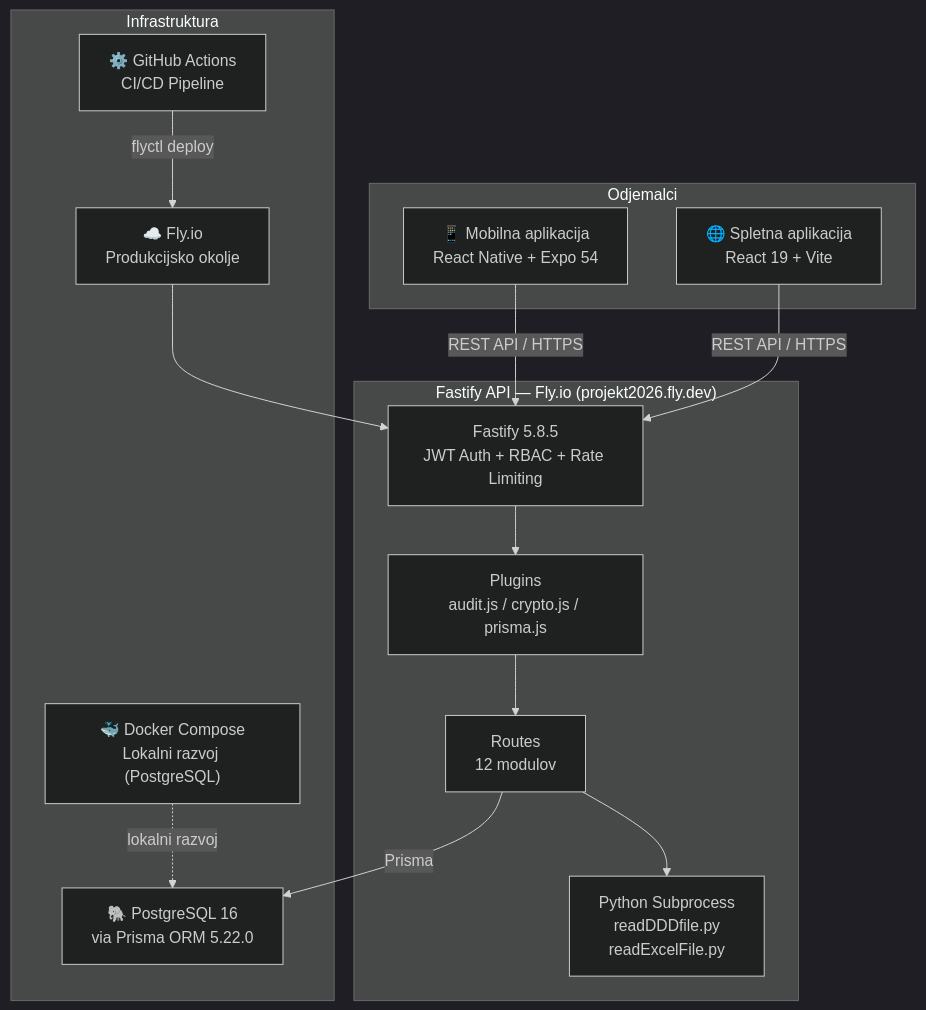
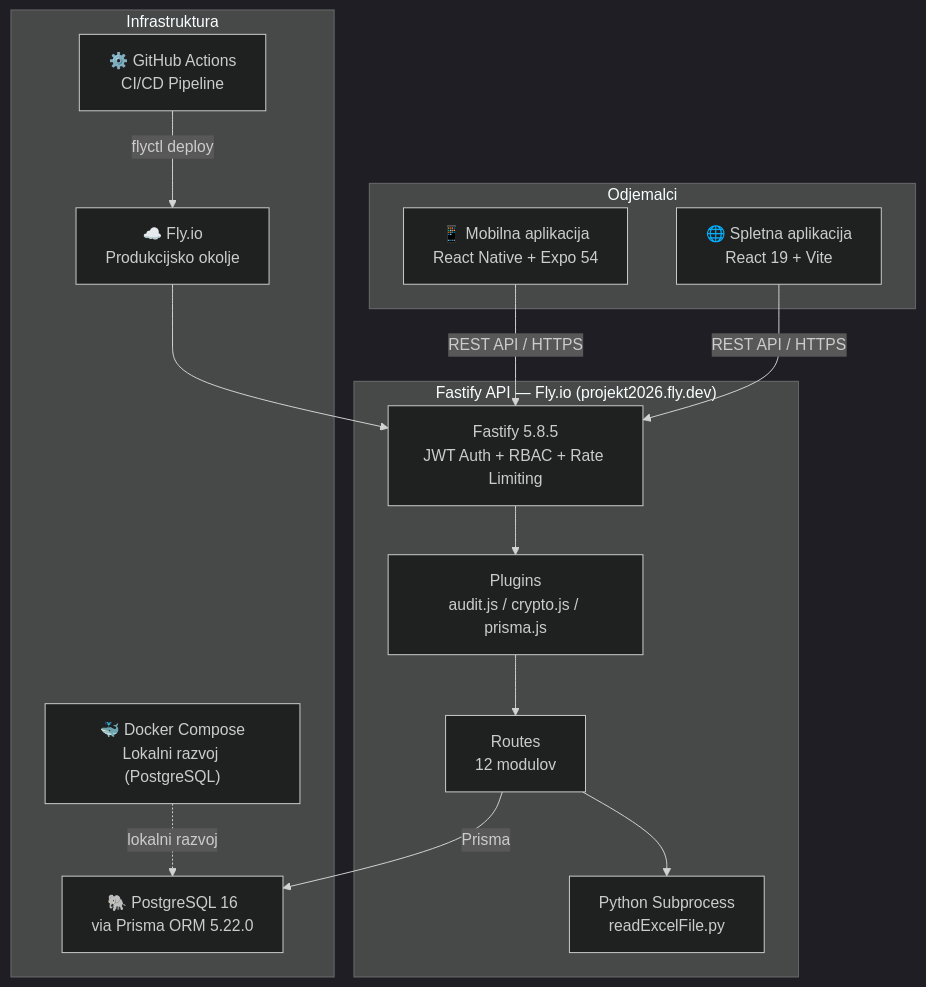
Before and after one commit to Valeri123car/Projekt2026: the first of 18 diagrams in README.md, drawn with Mermaid (dark theme). The commit also changed other lines of this file and 2 other files, not shown here.

````diff
--- a/README.md
+++ b/README.md
@@ -85,31 +85,31 @@
 ```mermaid
 graph TB
     subgraph Odjemalci
         MOB["📱 Mobilna aplikacija\nReact Native + Expo 54"]
         WEB["🌐 Spletna aplikacija\nReact 19 + Vite"]
     end
 
     subgraph API["Fastify API — Fly.io (projekt2026.fly.dev)"]
         GW["Fastify 5.8.5\nJWT Auth + RBAC + Rate Limiting"]
         PL["Plugins\naudit.js / crypto.js / prisma.js"]
         RT["Routes\n12 modulov"]
-        PY["Python Subprocess\nreadDDDfile.py\nreadExcelFile.py"]
+        PY["Python Subprocess\nreadExcelFile.py"]
     end
 
     subgraph Infrastruktura
         DB["🐘 PostgreSQL 16\nvia Prisma ORM 5.22.0"]
         FLY["☁️ Fly.io\nProdukcijsko okolje"]
         GHA["⚙️ GitHub Actions\nCI/CD Pipeline"]
         DOC["🐳 Docker Compose\nLokalni razvoj (PostgreSQL)"]
     end
 
     MOB -->|REST API / HTTPS| GW
     WEB -->|REST API / HTTPS| GW
     GW --> PL
     PL --> RT
     RT --> PY
     RT -->|Prisma| DB
     GHA -->|flyctl deploy| FLY
     FLY --> GW
     DOC -.->|lokalni razvoj| DB
 ```
````
